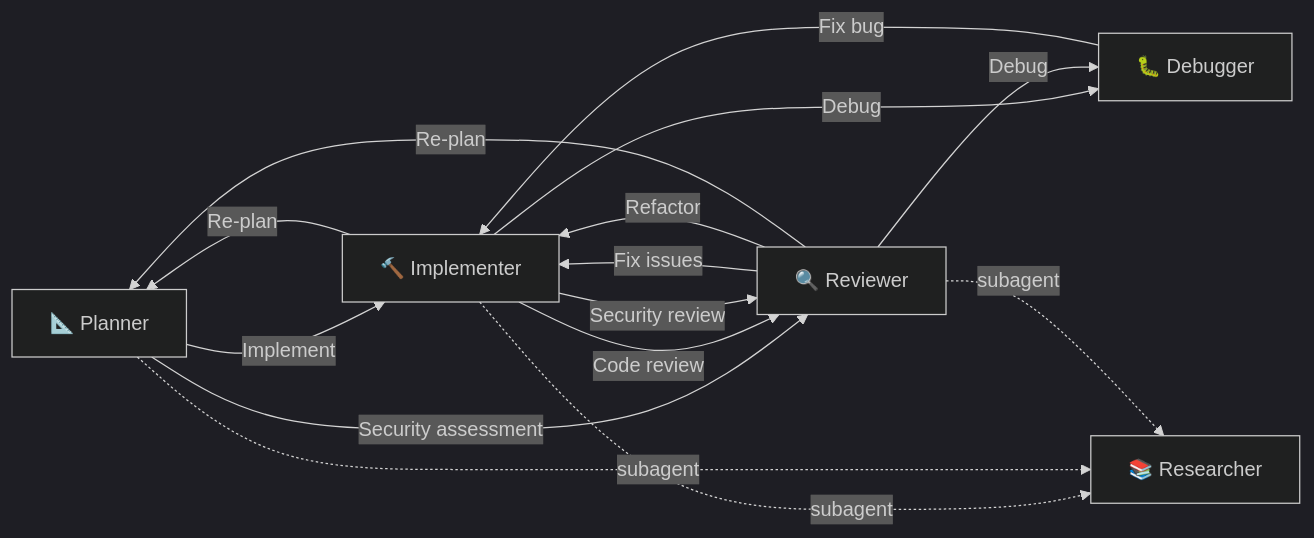
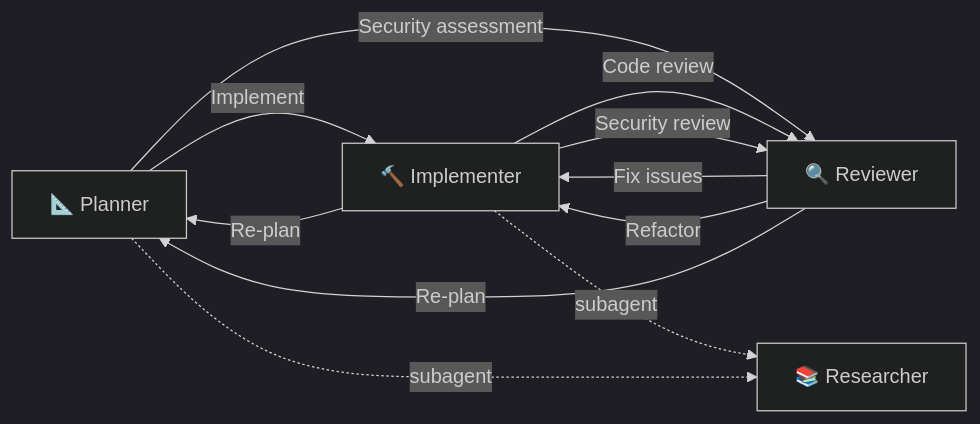
The second of 2 diagrams in README.md (zexion7873/copilot-setting), drawn with Mermaid (dark theme) before and after one commit. The commit also changed other lines of this file and 7 other files, not shown here.

````diff
--- a/README.md
+++ b/README.md
@@ -95,21 +94,16 @@
 ```mermaid
 flowchart LR
     Planner["📐 Planner"] -->|"Implement"| Implementer
     Planner -->|"Security assessment"| Reviewer
 
     Implementer["🔨 Implementer"] -->|"Code review"| Reviewer
     Implementer -->|"Security review"| Reviewer
-    Implementer -->|"Debug"| Debugger
     Implementer -->|"Re-plan"| Planner
 
     Reviewer["🔍 Reviewer"] -->|"Fix issues"| Implementer
     Reviewer -->|"Refactor"| Implementer
-    Reviewer -->|"Debug"| Debugger
     Reviewer -->|"Re-plan"| Planner
-
-    Debugger["🐛 Debugger"] -->|"Fix bug"| Implementer
 
     Implementer -.->|"subagent"| Researcher["📚 Researcher"]
     Planner -.->|"subagent"| Researcher
-    Reviewer -.->|"subagent"| Researcher
 ```
````
